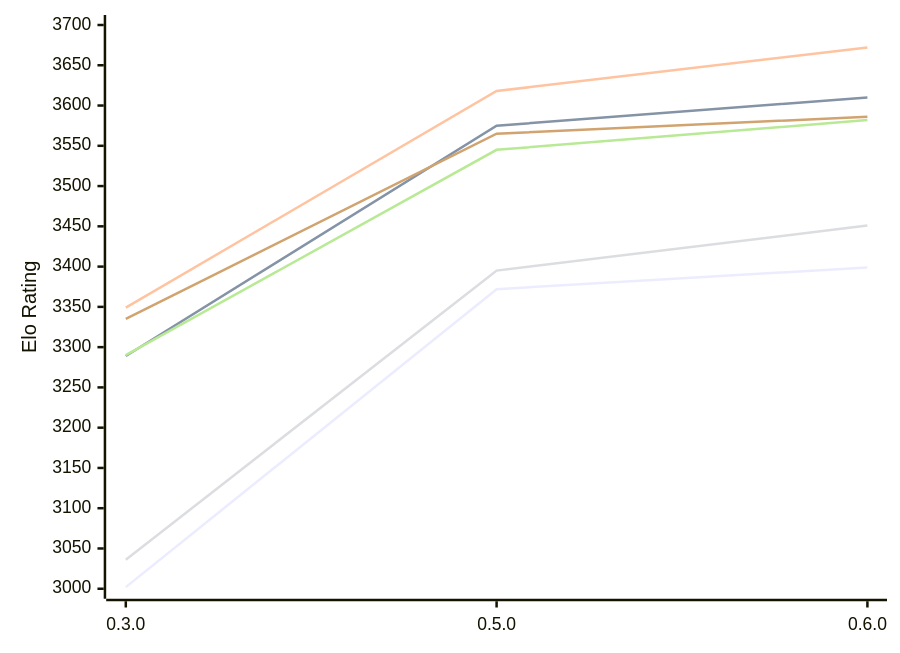
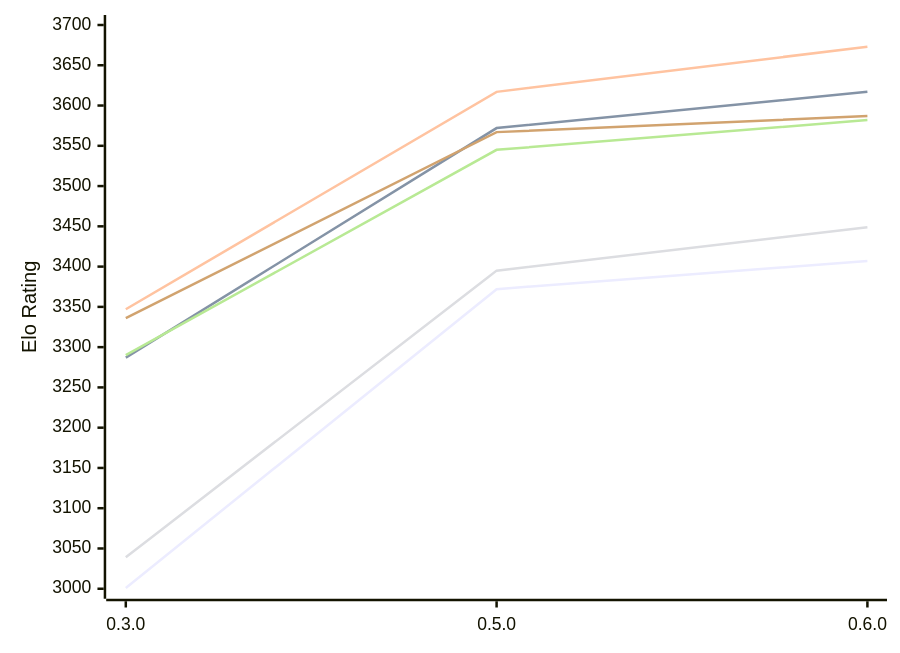
One commit to computer-chess-index/cci changed the first of 2 diagrams in engines/Justbot.md. Above: the diagram before and after it, drawn with Mermaid. The commit also changed other lines of this file, not shown here.

Commit message:
Update CCI Ratings (ELO VLTC) - 2026-11-28

````diff
--- a/engines/Justbot.md
+++ b/engines/Justbot.md
@@ -55,12 +55,12 @@
 ```mermaid
 %%{init: {"theme":"base","themeVariables":{"seriesColors:['#a3a3a3','#222221','#faa371']}}}%%
 xychart-beta
   x-axis ["0.3.0", "0.5.0", "0.6.0"]
   y-axis "Elo Rating" 3000 --> 3700
-  line "E1: STC (8.0+0.08s)" [3002, 3372, 3399]
-  line "E1: LTC (60.0+0.60s)" [3289, 3575, 3610]
-  line "E1: VLTC (2m24s+1.12s)" [3349, 3618, 3672]
-  line "P1: STC (8.0+0.08s)" [3036, 3395, 3451]
+  line "E1: STC (8.0+0.08s)" [3001, 3372, 3407]
+  line "E1: LTC (60.0+0.60s)" [3287, 3572, 3617]
+  line "E1: VLTC (2m24s+1.12s)" [3347, 3617, 3673]
+  line "P1: STC (8.0+0.08s)" [3039, 3395, 3449]
   line "P1: LTC (60.0+0.60s)" [3290, 3545, 3582]
-  line "P1: VLTC (2m24s+1.12s)" [3335, 3565, 3586]
+  line "P1: VLTC (2m24s+1.12s)" [3336, 3567, 3587]
 ```
````
